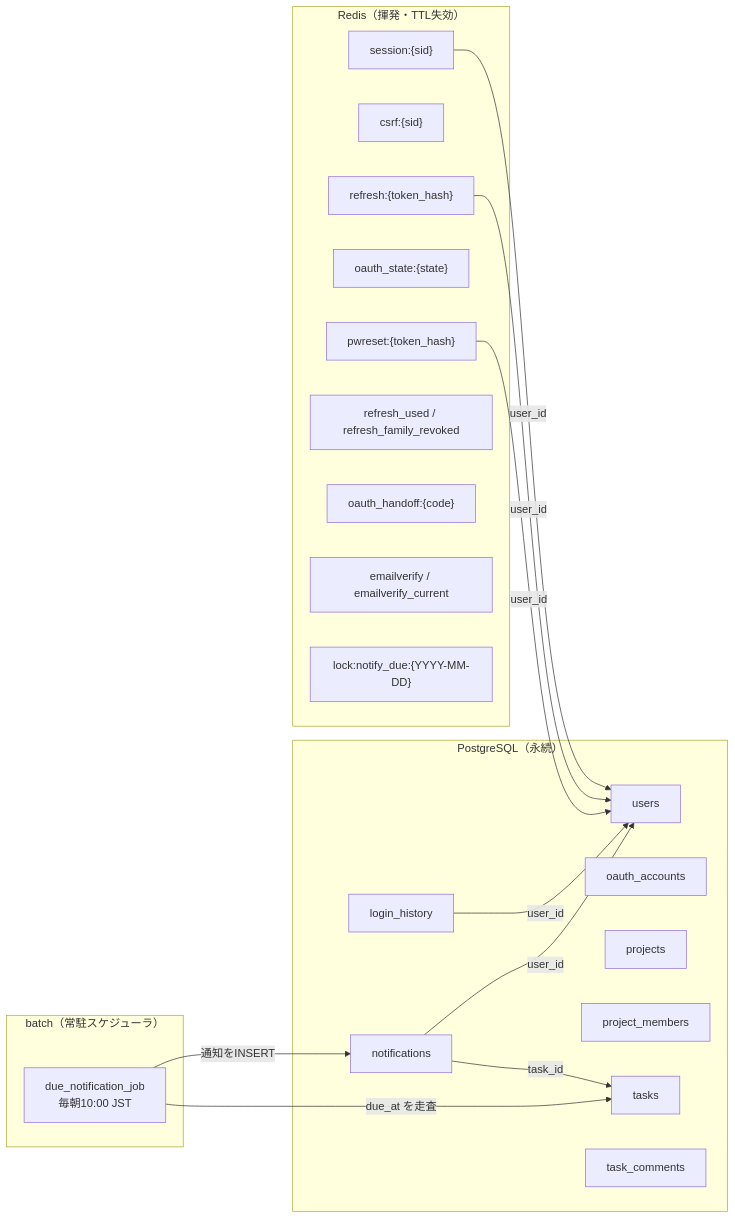
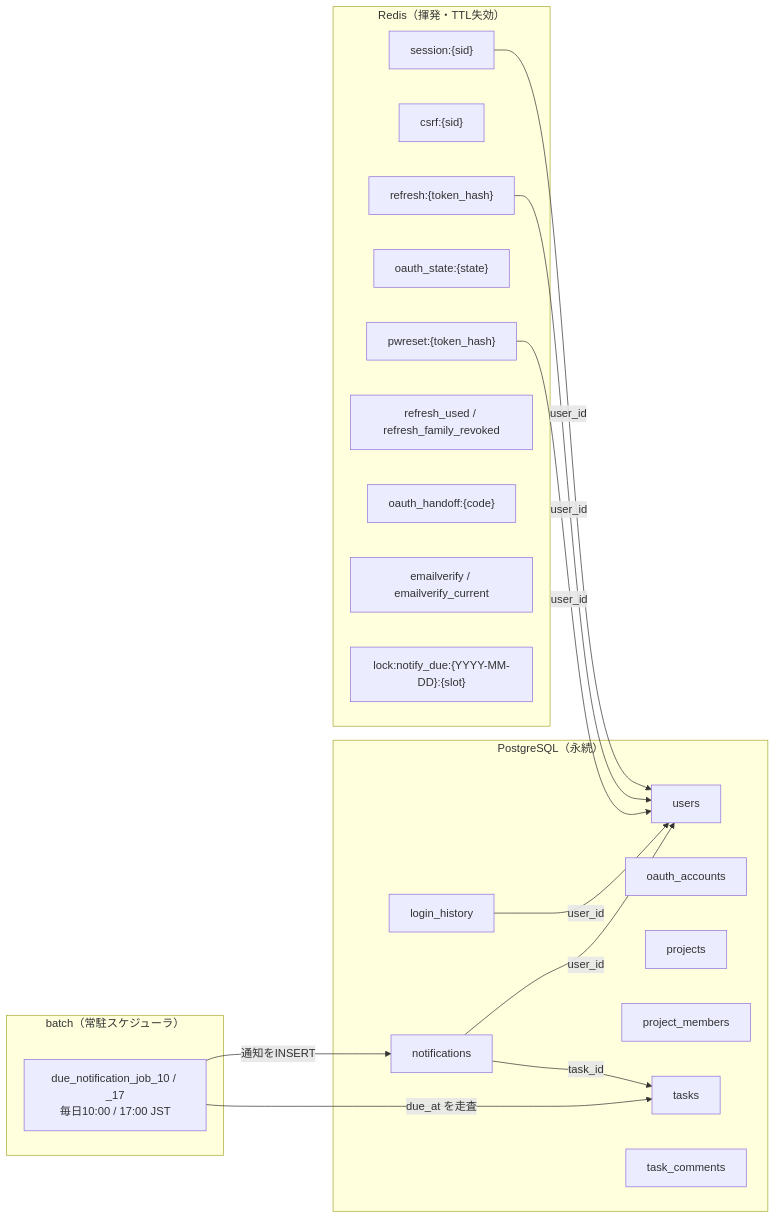
One commit to oikawa-d/task_management changed the seventh of 7 diagrams in basic_design/00_overview.md. Above: the diagram before and after it, drawn with Mermaid. The commit also changed other lines of this file and 31 other files, not shown here.

````diff
--- a/basic_design/00_overview.md
+++ b/basic_design/00_overview.md
@@ -281,38 +281,38 @@
 ```mermaid
 flowchart LR
     subgraph redis["Redis（揮発・TTL失効）"]
         S1["session:{sid}"]
         S2["csrf:{sid}"]
         S3["refresh:{token_hash}"]
         S4["oauth_state:{state}"]
         S5["pwreset:{token_hash}"]
         S6["refresh_used / refresh_family_revoked"]
         S7["oauth_handoff:{code}"]
         S8["emailverify / emailverify_current"]
-        S9["lock:notify_due:{YYYY-MM-DD}"]
+        S9["lock:notify_due:{YYYY-MM-DD}:{slot}"]
     end
 
     subgraph batch["batch（常駐スケジューラ）"]
-        B1["due_notification_job<br/>毎朝10:00 JST"]
+        B1["due_notification_job_10 / _17<br/>毎日10:00 / 17:00 JST"]
     end
 
     subgraph pg["PostgreSQL（永続）"]
         T1["users"]
         T2["oauth_accounts"]
         T3["projects"]
         T4["project_members"]
         T5["tasks"]
         T6["task_comments"]
         T7["login_history"]
         T8["notifications"]
     end
 
     S1 -->|user_id| T1
     S3 -->|user_id| T1
     S5 -->|user_id| T1
     T7 -->|user_id| T1
     T8 -->|user_id| T1
     T8 -->|task_id| T5
     B1 -->|"due_at を走査"| T5
     B1 -->|"通知をINSERT"| T8
 ```
````
